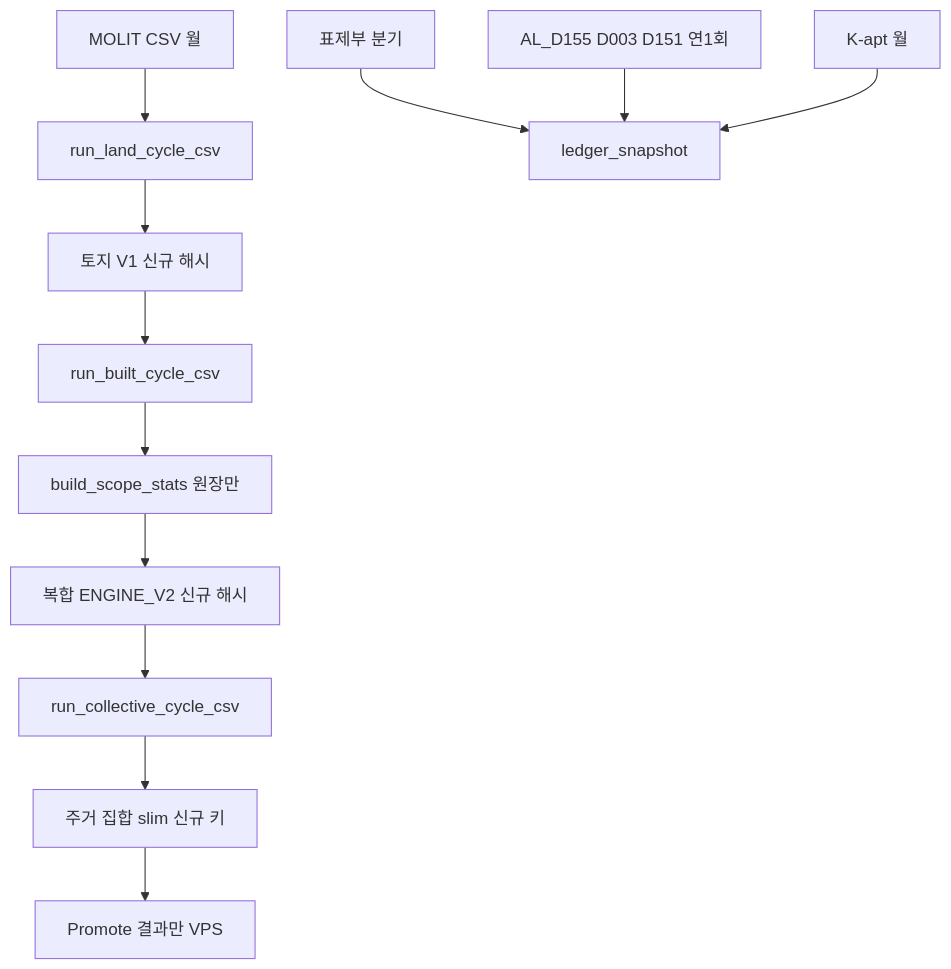
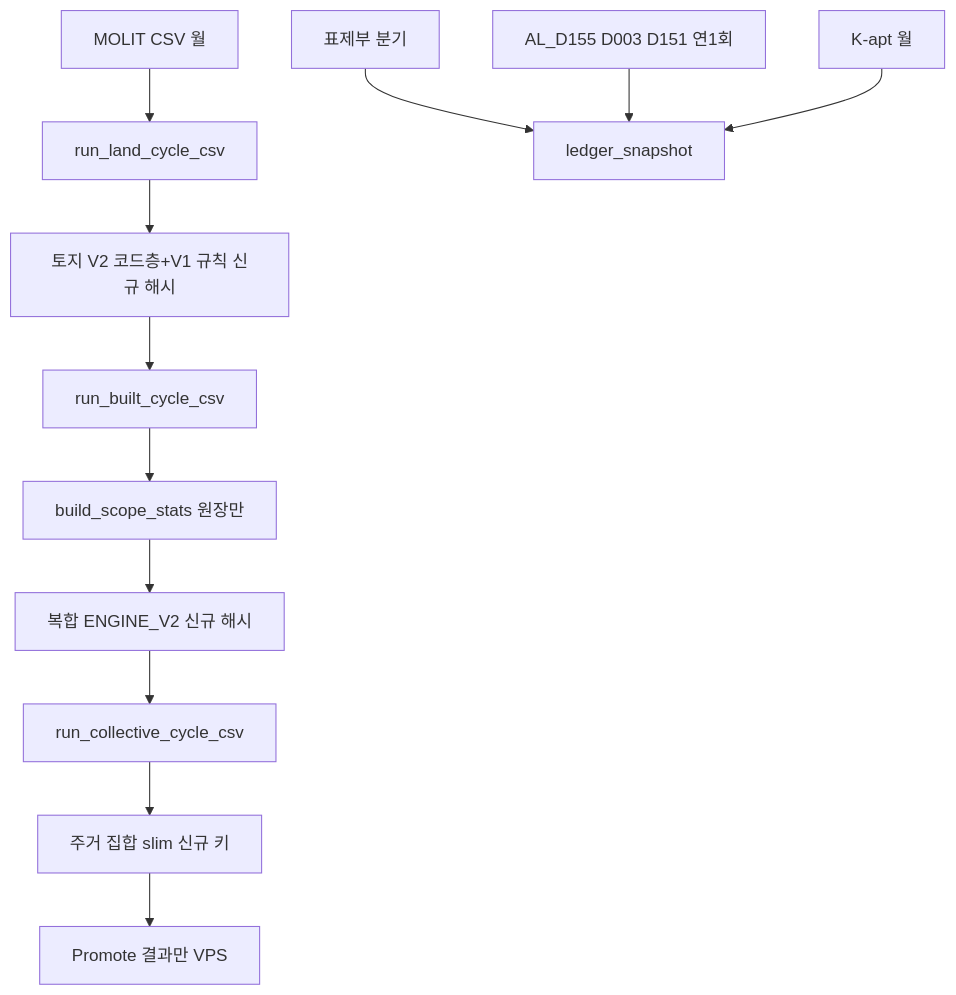
One commit to takyoungj-sketch/ch2_Macro changed the diagram in docs/PARCEL_MASTER_MONTHLY_UPDATE.md. Above: the diagram before and after it, drawn with Mermaid. The commit also changed other lines of this file and 9 other files, not shown here.

````diff
--- a/docs/PARCEL_MASTER_MONTHLY_UPDATE.md
+++ b/docs/PARCEL_MASTER_MONTHLY_UPDATE.md
@@ -22,14 +22,14 @@
 ```mermaid
 flowchart TD
   molit[MOLIT CSV 월] --> land[run_land_cycle_csv]
-  land --> enrichL[토지 V1 신규 해시]
+  land --> enrichL[토지 V2 코드층+V1 규칙 신규 해시]
   enrichL --> built[run_built_cycle_csv]
   built --> martB[build_scope_stats 원장만]
   martB --> enrichB[복합 ENGINE_V2 신규 해시]
   enrichB --> coll[run_collective_cycle_csv]
   coll --> enrichC[주거 집합 slim 신규 키]
   enrichC --> promo[Promote 결과만 VPS]
   title[표제부 분기] --> snap[ledger_snapshot]
   zone[AL_D155 D003 D151 연1회] --> snap
   kapt[K-apt 월] --> snap
 ```
````
